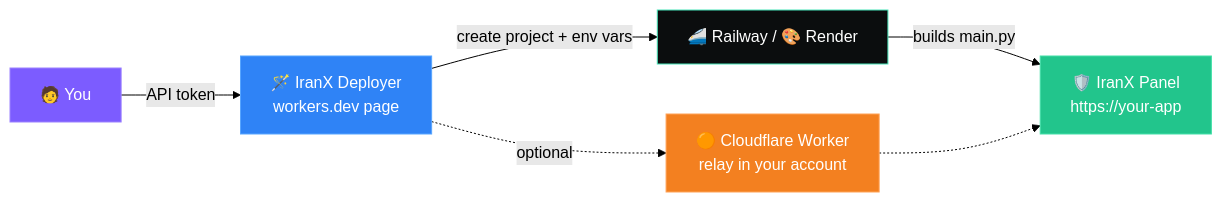
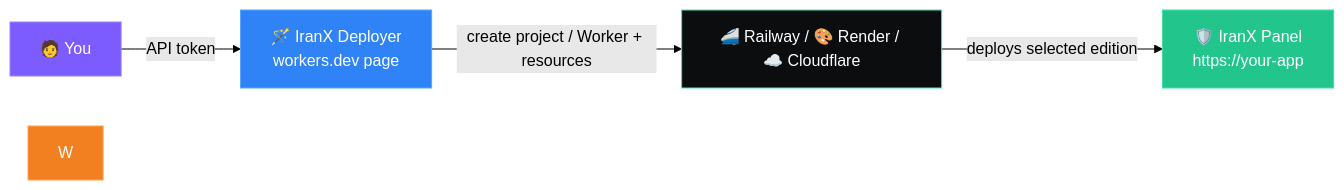
One commit to BeeEhsas/IranXPanel changed the first of 2 diagrams in README.md. Above: the diagram before and after it, drawn with Mermaid (forest theme). The commit also changed other lines of this file and 3 other files, not shown here.

````diff
--- a/README.md
+++ b/README.md
@@ -70,14 +70,12 @@
 ```mermaid
 flowchart LR
     U["🧑 You"] -->|"API token"| D["🪄 IranX Deployer<br/>workers.dev page"]
-    D -->|"create project + env vars"| H["🚄 Railway / 🎨 Render"]
-    H -->|"builds main.py"| P["🛡️ IranX Panel<br/>https://your-app"]
-    D -.->|"optional"| W["🟠 Cloudflare Worker<br/>relay in your account"]
-    W -.-> P
+    D -->|"create project / Worker + resources"| H["🚄 Railway / 🎨 Render / ☁️ Cloudflare"]
+    H -->|"deploys selected edition"| P["🛡️ IranX Panel<br/>https://your-app"]
 
     style U fill:#7C5CFF,stroke:#9B81FF,color:#fff
     style D fill:#2F83F6,stroke:#57A5FF,color:#fff
     style H fill:#0B0D0E,stroke:#46E3B7,color:#fff
     style P fill:#22c58c,stroke:#43E0A8,color:#fff
     style W fill:#F38020,stroke:#FFA257,color:#fff
 ```
````
